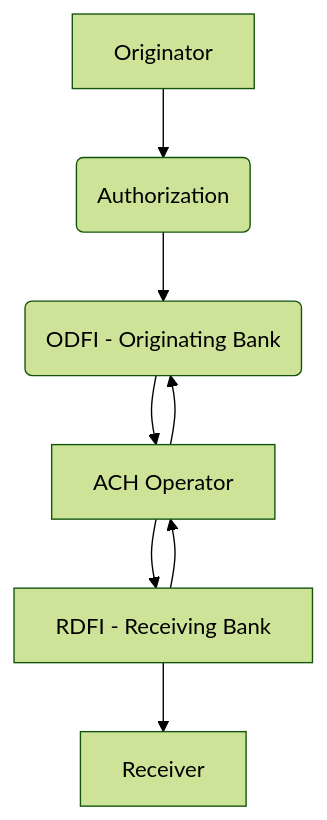
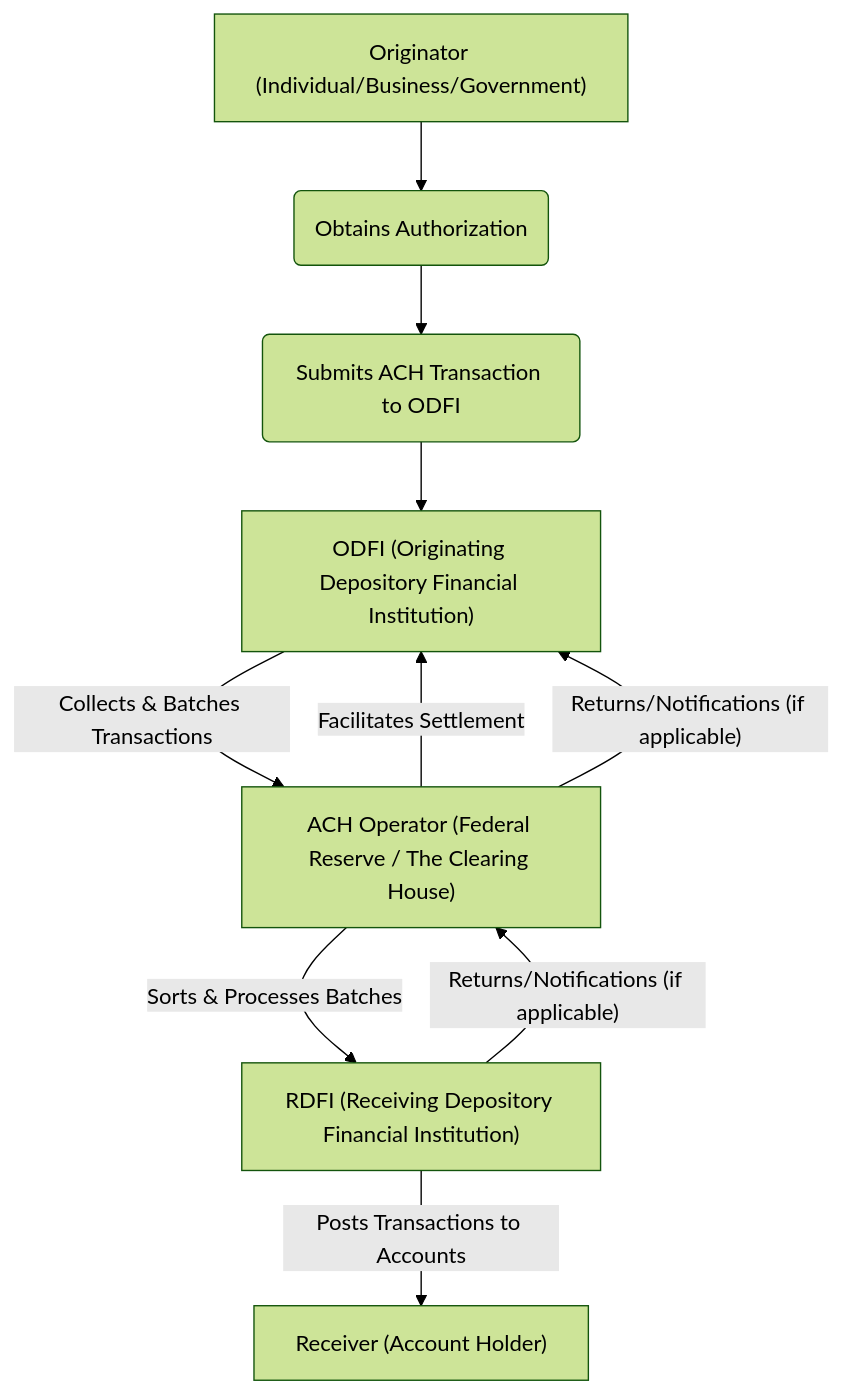
The diagram in _posts/2025-08-13-money-flow-bank-account.md (sumahiremath/buildtales), drawn with Mermaid (forest theme) before and after one commit. The commit also changed other lines of this file and 10 other files, not shown here.

````diff
--- a/_posts/2025-08-13-money-flow-bank-account.md
+++ b/_posts/2025-08-13-money-flow-bank-account.md
@@ -92,10 +92,12 @@
 ```mermaid
 graph TD
-    A[Originator] --> B(Authorization)
-    B --> C(ODFI - Originating Bank)
-    C --> D[ACH Operator]
-    D --> E[RDFI - Receiving Bank]
-    E --> F[Receiver]
-    D --> C
-    E --> D
+    A["Originator (Individual/Business/Government)"]:::start --> B("Obtains Authorization"):::process
+    B --> C("Submits ACH Transaction to ODFI"):::process
+    C --> D["ODFI (Originating Depository Financial Institution)"]:::bank
+    D -- Collects & Batches Transactions --> E["ACH Operator (Federal Reserve / The Clearing House)"]:::operator
+    E -- Sorts & Processes Batches --> F["RDFI (Receiving Depository Financial Institution)"]:::bank
+    F -- Posts Transactions to Accounts --> G["Receiver (Account Holder)"]:::endClass
+    E -- Facilitates Settlement --> D
+    F -- Returns/Notifications (if applicable) --> E
+    E -- Returns/Notifications (if applicable) --> D
 ```
````
